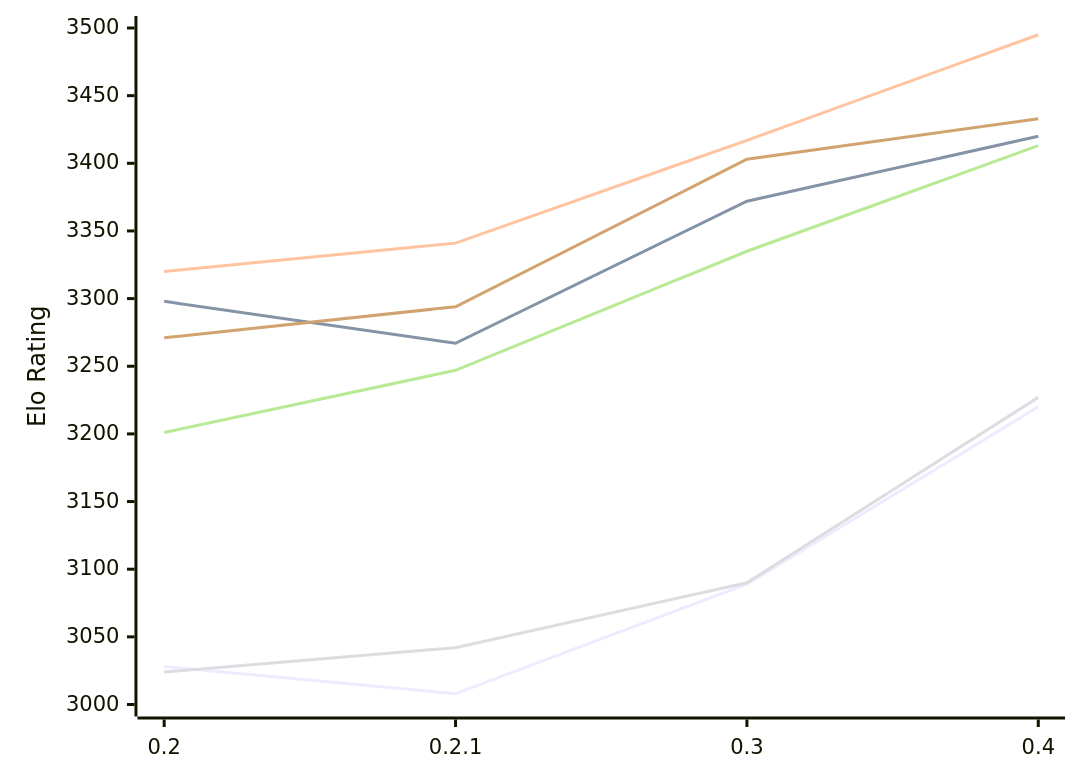
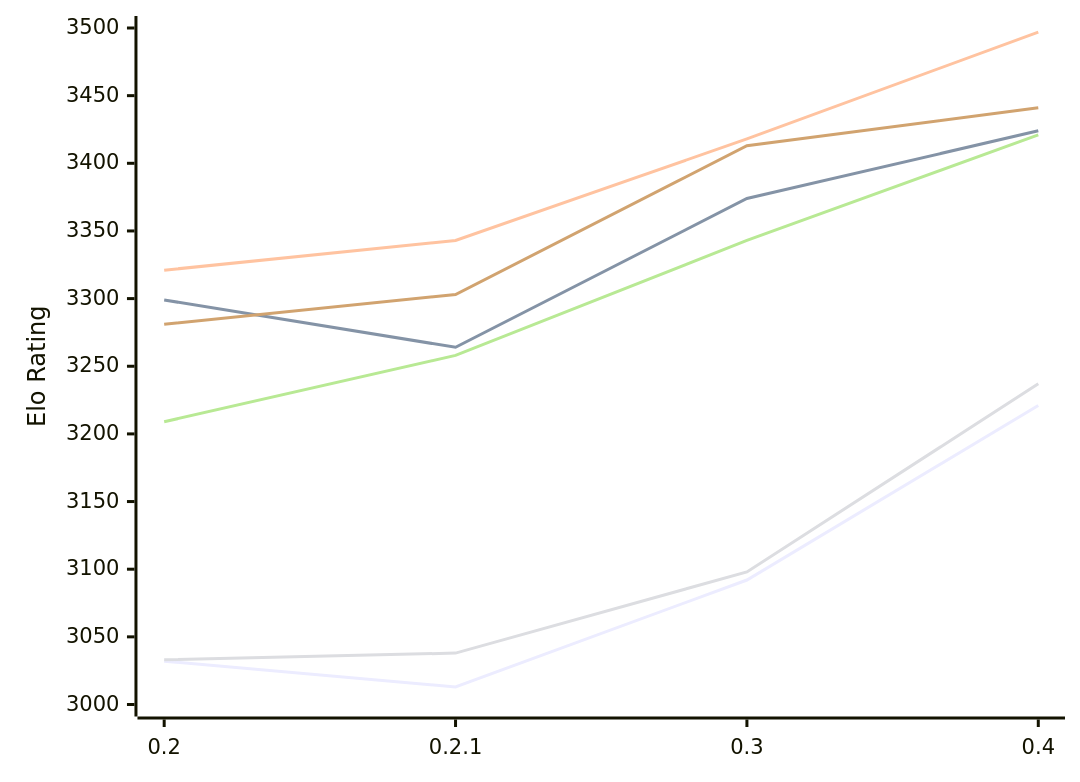
The diagram in engines/StockDory.md (computer-chess-index/cci), drawn with Mermaid before and after one commit. The commit also changed other lines of this file, not shown here.

Commit message:
Update CCI Ratings (ELO VLTC) - 2026-11-25

````diff
--- a/engines/StockDory.md
+++ b/engines/StockDory.md
@@ -53,12 +53,12 @@
 ```mermaid
 %%{init: {"theme":"base","themeVariables":{"seriesColors:['#a3a3a3','#222221','#faa371']}}}%%
 xychart-beta
   x-axis ["0.2", "0.2.1", "0.3", "0.4"]
   y-axis "Elo Rating" 3000 --> 3500
-  line "E1: STC (8.0+0.08s)" [3028, 3008, 3089, 3220]
-  line "E1: LTC (60.0+0.60s)" [3298, 3267, 3372, 3420]
-  line "E1: VLTC (2m24s+1.12s)" [3320, 3341, 3417, 3495]
-  line "P1: STC (8.0+0.08s)" [3024, 3042, 3090, 3227]
-  line "P1: LTC (60.0+0.60s)" [3201, 3247, 3335, 3413]
-  line "P1: VLTC (2m24s+1.12s)" [3271, 3294, 3403, 3433]
+  line "E1: STC (8.0+0.08s)" [3032, 3013, 3092, 3221]
+  line "E1: LTC (60.0+0.60s)" [3299, 3264, 3374, 3424]
+  line "E1: VLTC (2m24s+1.12s)" [3321, 3343, 3418, 3497]
+  line "P1: STC (8.0+0.08s)" [3033, 3038, 3098, 3237]
+  line "P1: LTC (60.0+0.60s)" [3209, 3258, 3343, 3421]
+  line "P1: VLTC (2m24s+1.12s)" [3281, 3303, 3413, 3441]
 ```
````
